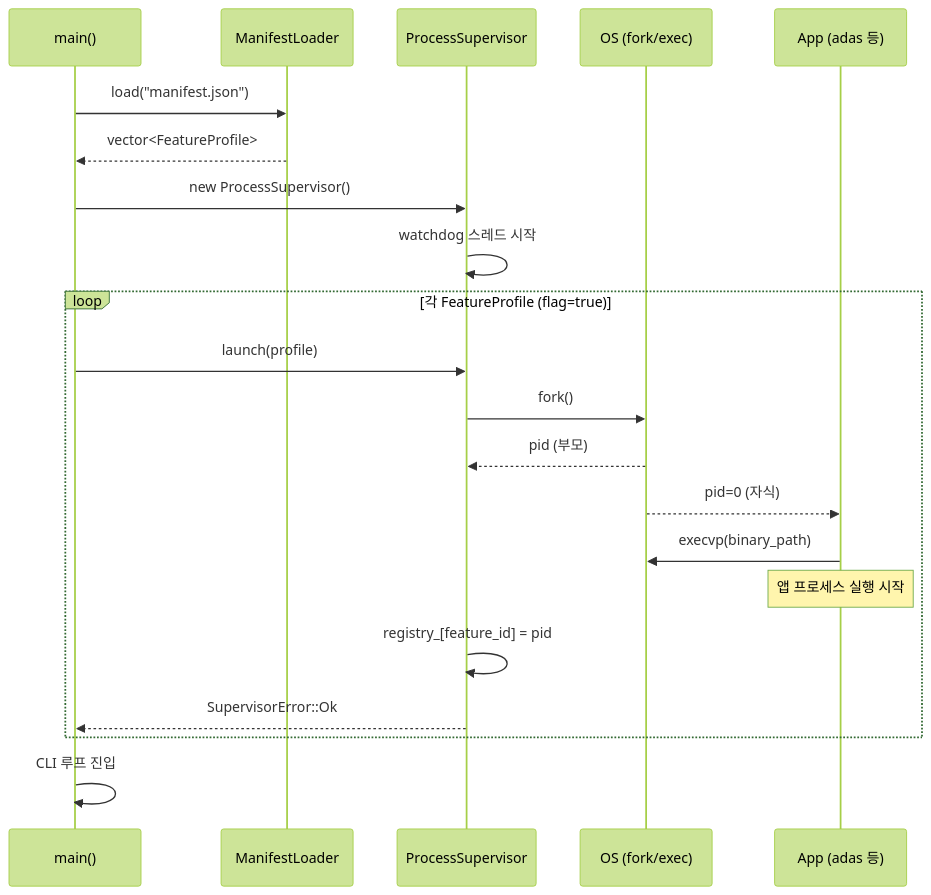
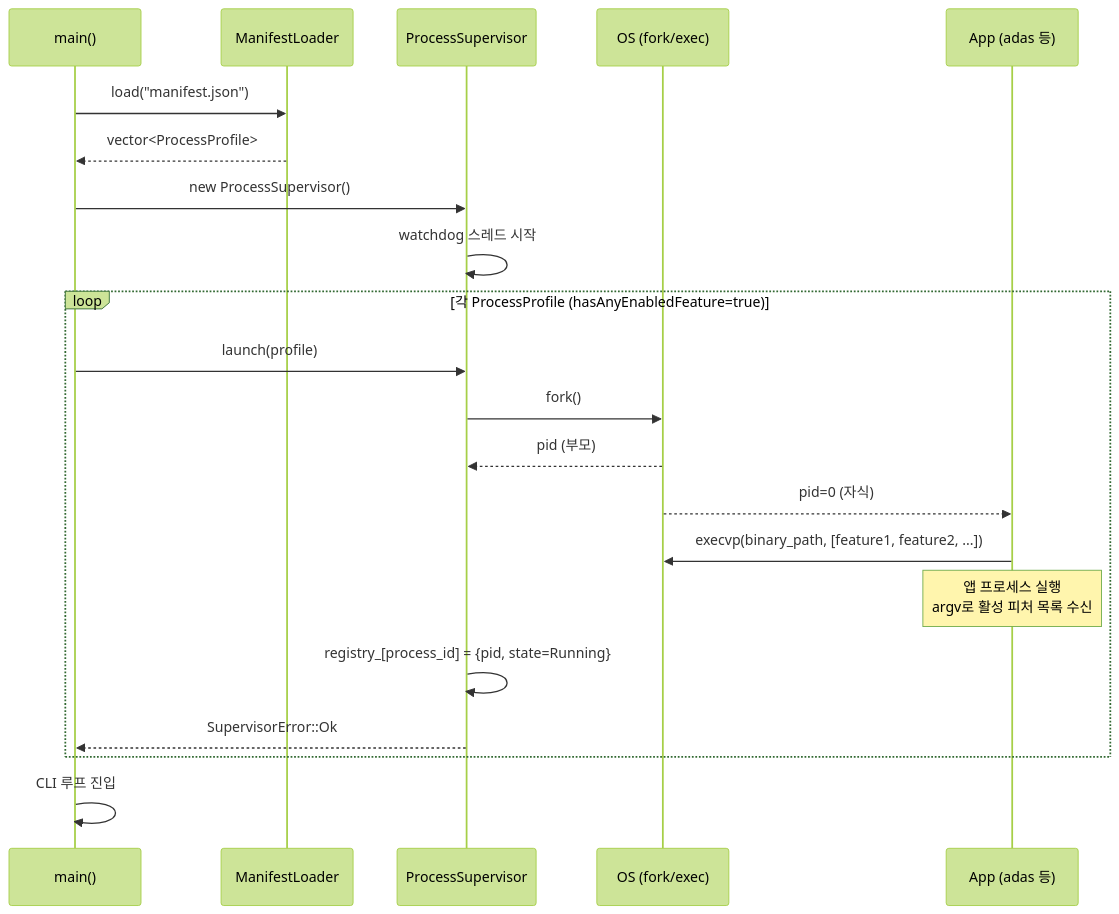
Before and after one commit to Suehyun666/Platform: the first of 6 diagrams in docs/architecture.md, drawn with Mermaid (forest theme). The commit also changed other lines of this file and 15 other files, not shown here.

````diff
--- a/docs/architecture.md
+++ b/docs/architecture.md
@@ -52,27 +107,27 @@
 ```mermaid
 sequenceDiagram
     participant M  as main()
     participant ML as ManifestLoader
     participant PS as ProcessSupervisor
     participant OS as OS (fork/exec)
     participant AP as App (adas 등)
 
     M->>ML: load("manifest.json")
-    ML-->>M: vector<FeatureProfile>
+    ML-->>M: vector<ProcessProfile>
 
     M->>PS: new ProcessSupervisor()
     PS->>PS: watchdog 스레드 시작
 
-    loop 각 FeatureProfile (flag=true)
+    loop 각 ProcessProfile (hasAnyEnabledFeature=true)
         M->>PS: launch(profile)
         PS->>OS: fork()
         OS-->>PS: pid (부모)
         OS-->>AP: pid=0 (자식)
-        AP->>OS: execvp(binary_path)
-        Note over AP: 앱 프로세스 실행 시작
-        PS->>PS: registry_[feature_id] = pid
+        AP->>OS: execvp(binary_path, [feature1, feature2, ...])
+        Note over AP: 앱 프로세스 실행<br/>argv로 활성 피처 목록 수신
+        PS->>PS: registry_[process_id] = {pid, state=Running}
         PS-->>M: SupervisorError::Ok
     end
 
     M->>M: CLI 루프 진입
 ```
````
